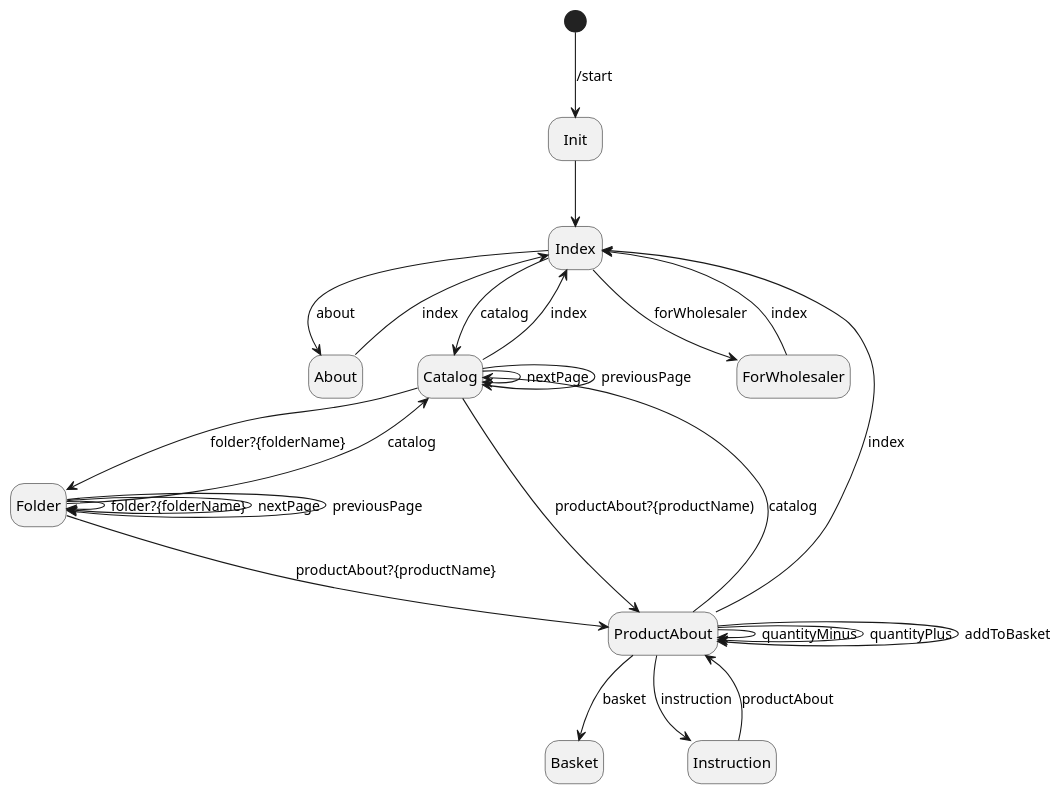
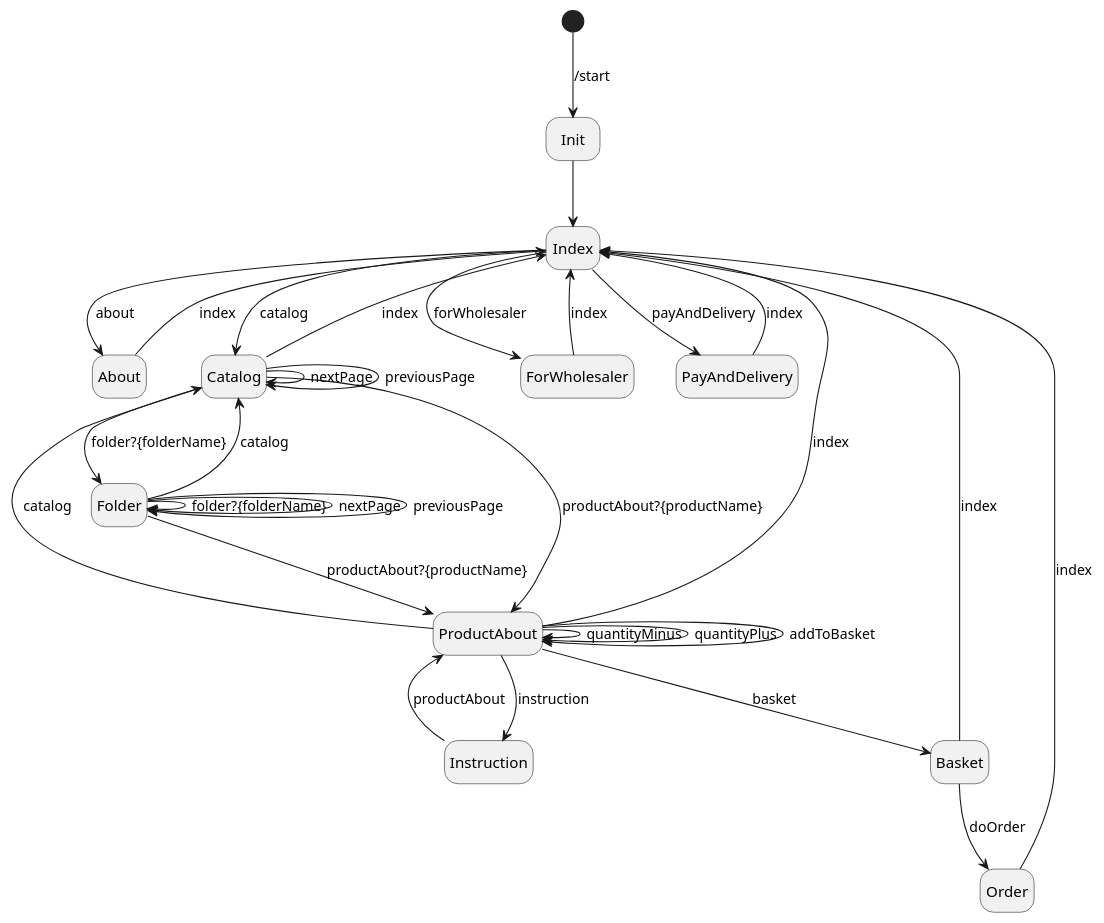
The diagram in doc/botFsmDiagram.md (ViktorShchukin/shopbot), drawn with PlantUML before and after one commit. The commit also changed 1 other file, not shown here.

Commit message:
Meeting results. Added info for bot diagram.

````diff
--- a/doc/botFsmDiagram.md
+++ b/doc/botFsmDiagram.md
@@ -2,53 +2,59 @@
 ```plantuml
 hide empty description
 
 state entrypoint <<start>>
 
 state Init
 state Index
 state About
 state Catalog
 state Folder
 state ProductAbout
 state Basket
 state ForWholesaler
+state Order
+state PayAndDelivery
     
 entrypoint --> Init : /start
 Init --> Index
 
 Index --> About : about
 Index --> Catalog : catalog
 Index --> ForWholesaler : forWholesaler
+Index --> PayAndDelivery : payAndDelivery
 
 ForWholesaler --> Index : index
-
 About --> Index : index
+PayAndDelivery --> Index : index
 
 Catalog --> Index : index
-Catalog --> ProductAbout : productAbout?{productName)
+Catalog --> ProductAbout : productAbout?{productName}
 Catalog --> Folder : folder?{folderName}
 Catalog --> Catalog : nextPage
 Catalog --> Catalog : previousPage
 
 ''it is not well thought out thing. Can be really changed in the future
 Folder --> Catalog : catalog
 Folder --> Folder : folder?{folderName}
 Folder --> ProductAbout : productAbout?{productName}
 Folder --> Folder : nextPage
 Folder --> Folder : previousPage
 
 ProductAbout --> ProductAbout : quantityMinus
 ProductAbout --> ProductAbout : quantityPlus
 ProductAbout --> ProductAbout : addToBasket
 ProductAbout --> Basket : basket
 ProductAbout --> Index : index
 ProductAbout --> Catalog : catalog
 ProductAbout --> Instruction : instruction
 
 Instruction --> ProductAbout : productAbout
 
 '' we haven't discussed ordering yet, so i think that it is 
 '' silly idea to do predictions about it. It may look really 
 '' different at the mom's point. I prefer to postpone it 
-'Basket --> Order
+Basket --> Index : index
+Basket --> Order : doOrder
+
+Order --> Index : index
 ```
````
